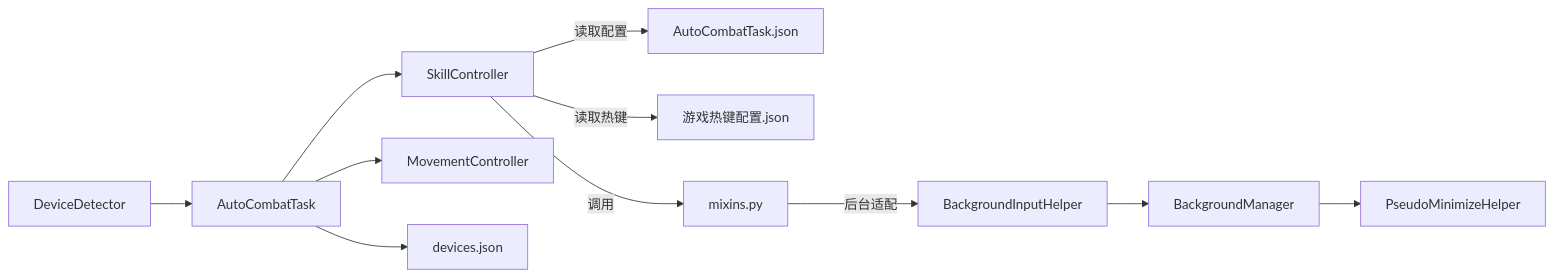
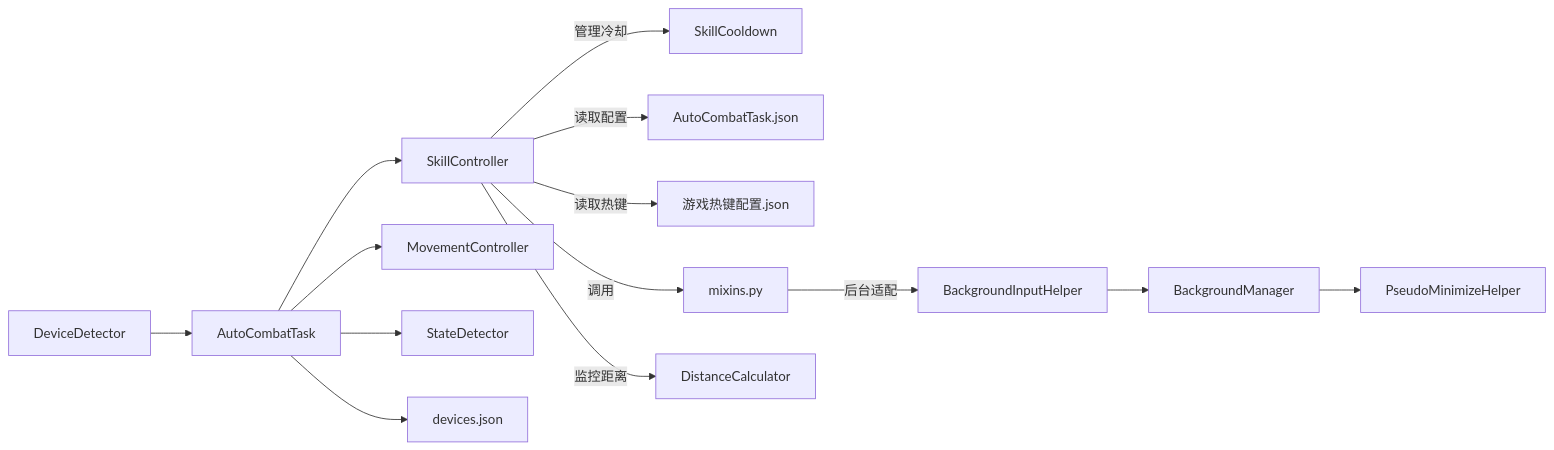
Before and after one commit to xsy098-max/ok-jump: the seventh of 7 diagrams in .qoder/repowiki/zh/content/战斗系统/技能控制器.md, drawn with Mermaid. The commit also changed other lines of this file and 22 other files, not shown here.

````diff
--- a/.qoder/repowiki/zh/content/战斗系统/技能控制器.md
+++ b/.qoder/repowiki/zh/content/战斗系统/技能控制器.md
@@ -272,13 +611,16 @@
 ```mermaid
 graph LR
-SC["SkillController"] --> |读取配置| AC["AutoCombatTask.json"]
+SC["SkillController"] --> |管理冷却| COOLDOWN["SkillCooldown"]
+SC --> |读取配置| AC["AutoCombatTask.json"]
 SC --> |读取热键| HK["游戏热键配置.json"]
 SC --> |调用| Mix["mixins.py"]
+SC --> |监控距离| DC["DistanceCalculator"]
 Mix --> |后台适配| BIH["BackgroundInputHelper"]
 BIH --> BM["BackgroundManager"]
 BM --> PMH["PseudoMinimizeHelper"]
 ACT["AutoCombatTask"] --> SC
 ACT --> MC["MovementController"]
+ACT --> SD["StateDetector"]
 DD["DeviceDetector"] --> ACT
 ACT --> DEV["devices.json"]
 ```
````
